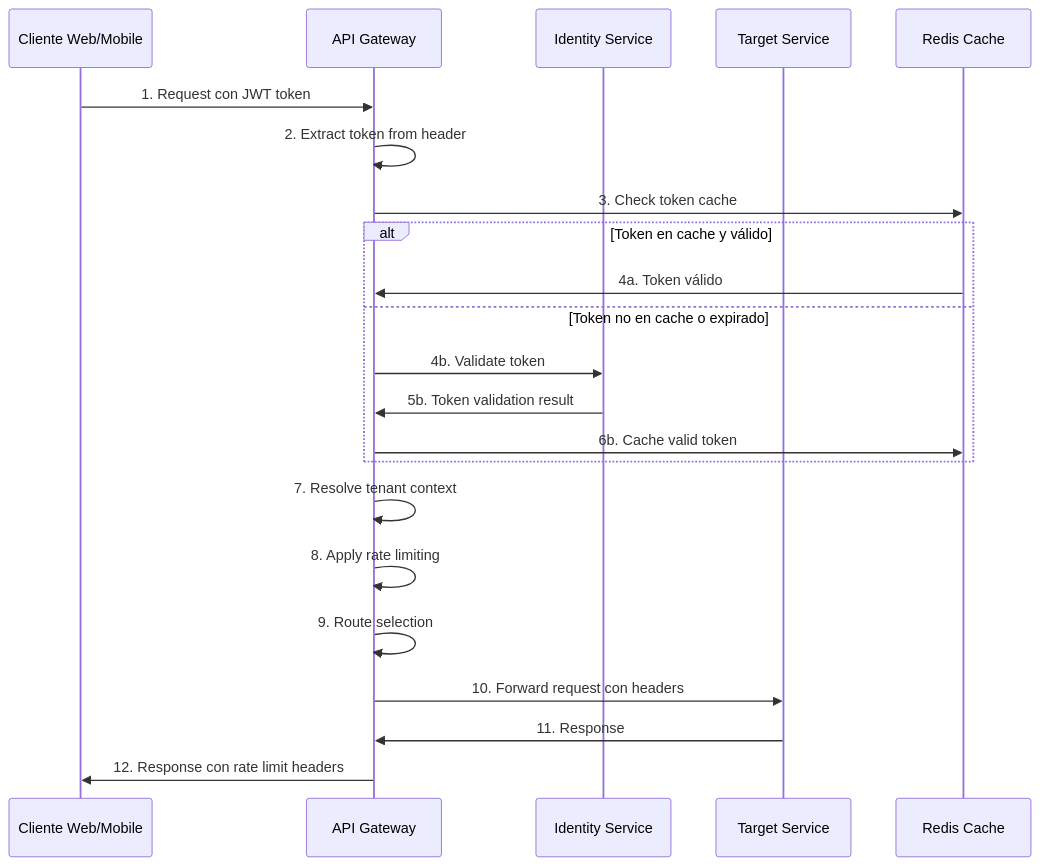
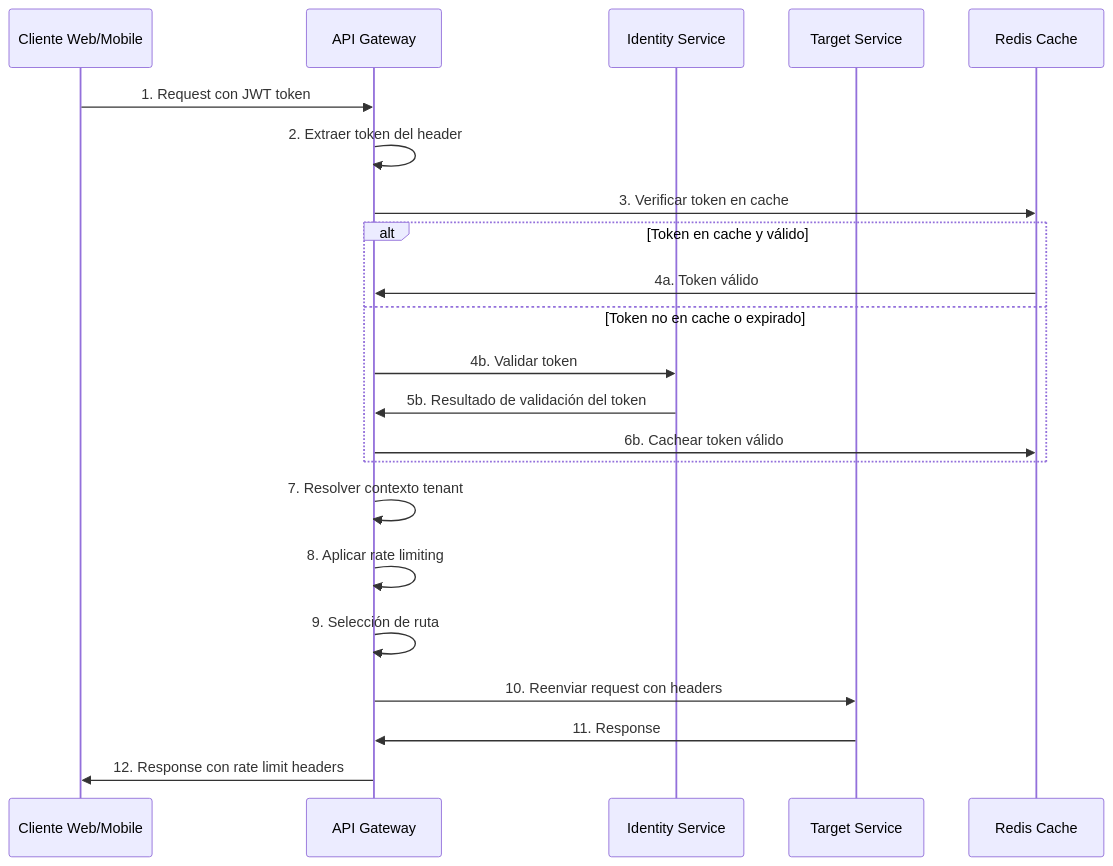
The first of 11 diagrams in docs/api-gateway/06-vista-tiempo-ejecucion.md (jclemente-tlm/tlm-arq-servicios-corporativos), drawn with Mermaid before and after one commit. The commit also changed other lines of this file and 48 other files, not shown here.

````diff
--- a/docs/api-gateway/06-vista-tiempo-ejecucion.md
+++ b/docs/api-gateway/06-vista-tiempo-ejecucion.md
@@ -7,27 +7,27 @@
 ```mermaid
 sequenceDiagram
     participant Client as Cliente Web/Mobile
     participant Gateway as API Gateway
     participant Auth as Identity Service
     participant Service as Target Service
     participant Redis as Redis Cache
 
     Client->>Gateway: 1. Request con JWT token
-    Gateway->>Gateway: 2. Extract token from header
-    Gateway->>Redis: 3. Check token cache
+    Gateway->>Gateway: 2. Extraer token del header
+    Gateway->>Redis: 3. Verificar token en cache
 
     alt Token en cache y válido
         Redis->>Gateway: 4a. Token válido
     else Token no en cache o expirado
-        Gateway->>Auth: 4b. Validate token
-        Auth->>Gateway: 5b. Token validation result
-        Gateway->>Redis: 6b. Cache valid token
+        Gateway->>Auth: 4b. Validar token
+        Auth->>Gateway: 5b. Resultado de validación del token
+        Gateway->>Redis: 6b. Cachear token válido
     end
 
-    Gateway->>Gateway: 7. Resolve tenant context
-    Gateway->>Gateway: 8. Apply rate limiting
-    Gateway->>Gateway: 9. Route selection
-    Gateway->>Service: 10. Forward request con headers
+    Gateway->>Gateway: 7. Resolver contexto tenant
+    Gateway->>Gateway: 8. Aplicar rate limiting
+    Gateway->>Gateway: 9. Selección de ruta
+    Gateway->>Service: 10. Reenviar request con headers
     Service->>Gateway: 11. Response
     Gateway->>Client: 12. Response con rate limit headers
 ```
````
